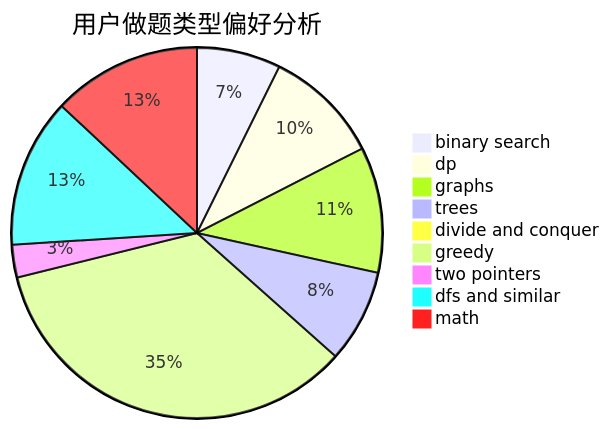
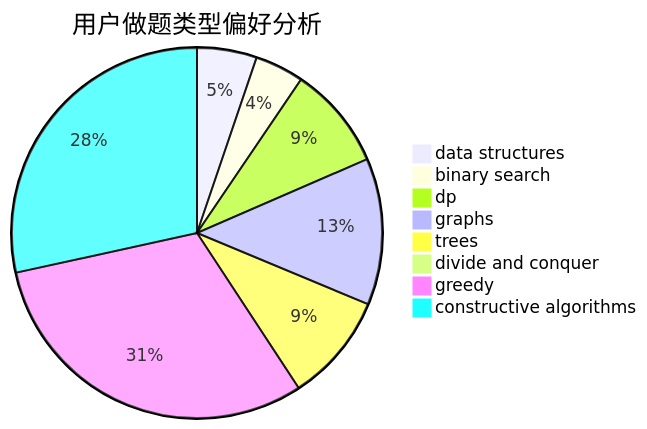
The second of 3 diagrams in docs/user/u230.md (sherpahu/cfrs.github.io), drawn with Mermaid before and after one commit. The commit also changed other lines of this file and 2775 other files, not shown here.

````diff
--- a/docs/user/u230.md
+++ b/docs/user/u230.md
@@ -23,12 +23,11 @@
 ```mermaid
 pie title 用户做题类型偏好分析
-    "binary search" :  18
-    "dp" :  25
+    "data structures" :  11
+    "binary search" :  9
+    "dp" :  19
     "graphs" :  27
     "trees" :  20
     "divide and conquer" :  0
-    "greedy" :  85
-    "two pointers" :  7
-    "dfs and similar" :  32
-    "math" :  32
+    "greedy" :  65
+    "constructive algorithms" :  60
 ```
````
